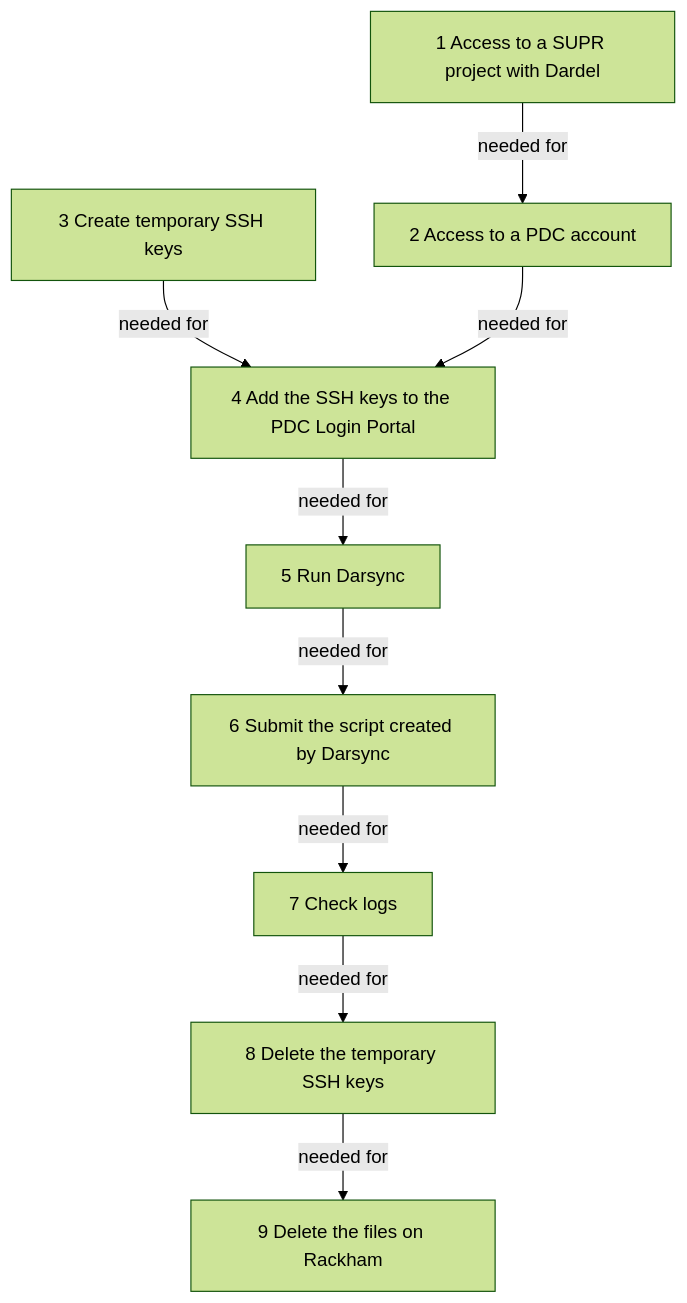
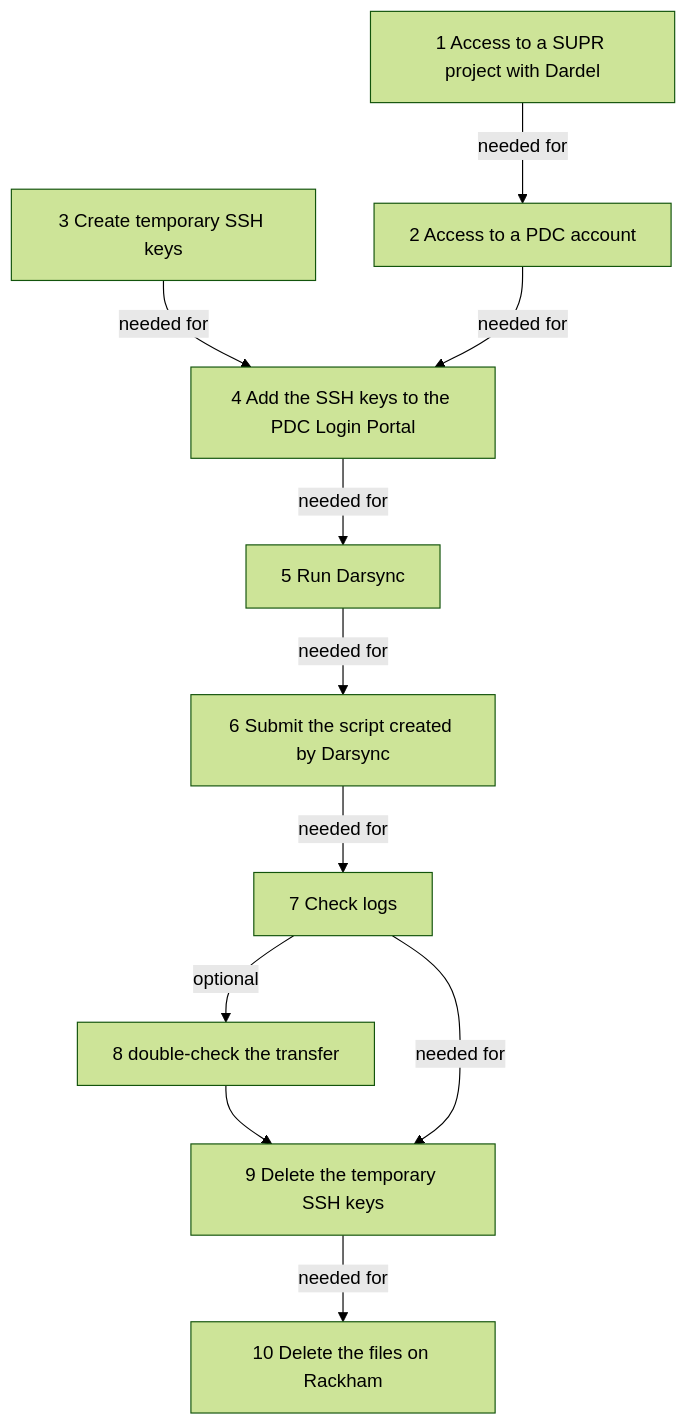
One commit to UPPMAX/UPPMAX-documentation changed the diagram in docs/cluster_guides/dardel_migration.md. Above: the diagram before and after it, drawn with Mermaid (forest theme). The commit also changed other lines of this file and 1 other file, not shown here.

Commit message:
Document how to double-check file migration

````diff
--- a/docs/cluster_guides/dardel_migration.md
+++ b/docs/cluster_guides/dardel_migration.md
@@ -62,22 +62,25 @@
 ```mermaid
 flowchart TD
   get_supr_project[1 Access to a SUPR project with Dardel]
   get_pdc_account[2 Access to a PDC account]
   create_ssh_key[3 Create temporary SSH keys]
   add_ssh_key[4 Add the SSH keys to the PDC Login Portal]
   run_darsync[5 Run Darsync]
   slurm[6 Submit the script created by Darsync]
   check_logs[7 Check logs]
-  delete_ssh_keys[8 Delete the temporary SSH keys]
-  delete_rackham_files[9 Delete the files on Rackham]
+  double_check_transfer[8 double-check the transfer]
+  delete_ssh_keys[9 Delete the temporary SSH keys]
+  delete_rackham_files[10 Delete the files on Rackham]
 
   get_supr_project --> |needed for| get_pdc_account
 
   create_ssh_key --> |needed for| add_ssh_key
   get_pdc_account --> |needed for| add_ssh_key
   add_ssh_key --> |needed for| run_darsync
   run_darsync --> |needed for| slurm
   slurm --> |needed for| check_logs
+  check_logs --> |optional| double_check_transfer
+  double_check_transfer --> delete_ssh_keys
   check_logs --> |needed for| delete_ssh_keys
   delete_ssh_keys --> |needed for| delete_rackham_files
 ```
````
